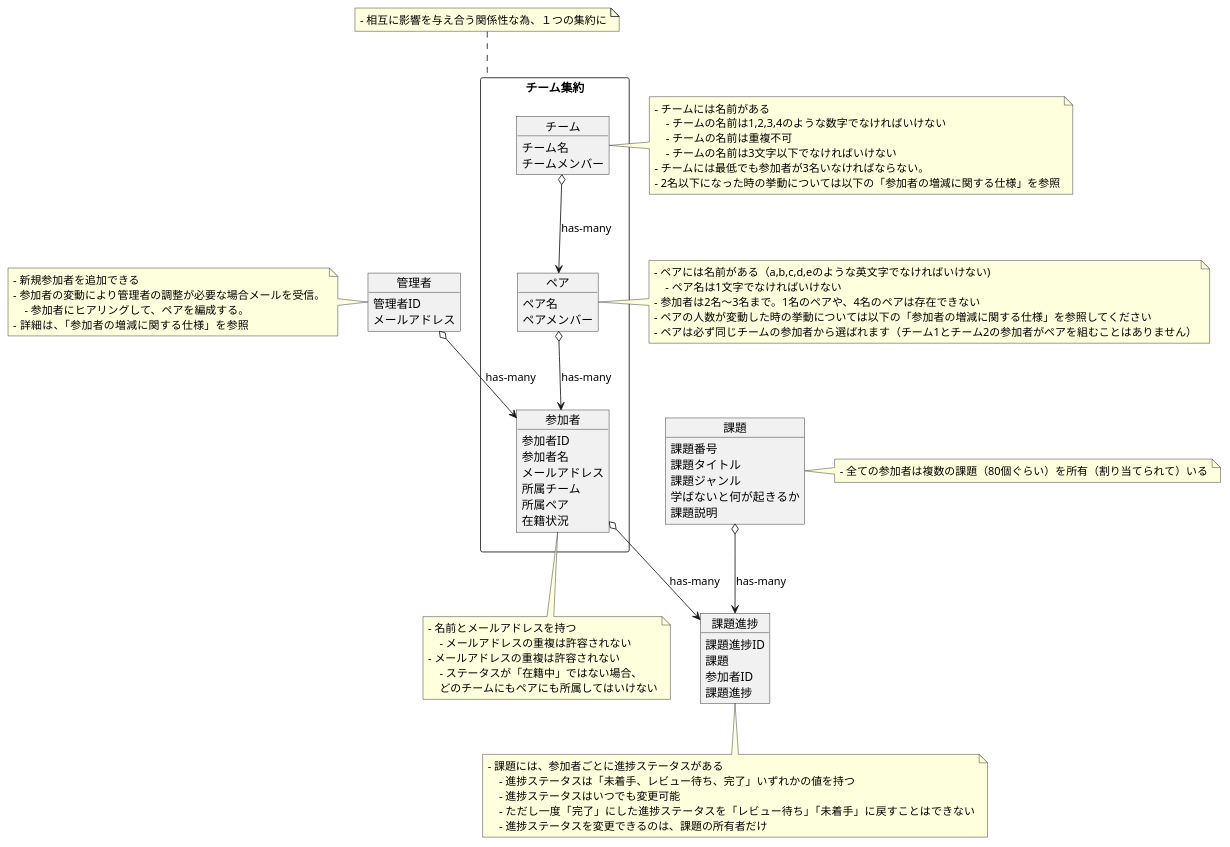
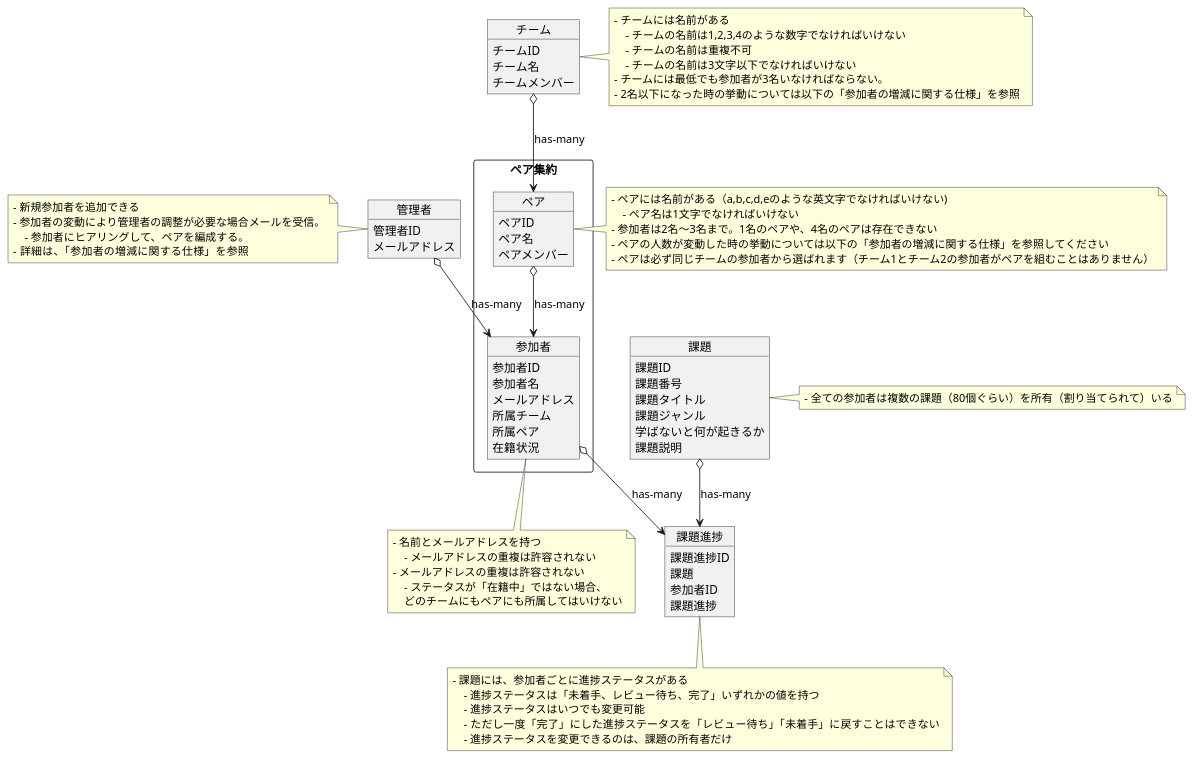
The diagram in 95IG7y3HHX7yl4/03_設計/04_特大課題：プラハチャレンジをDDDで実装してみる/ドメインモデル図/plant_uml.pu (praha-inc/praha-challenge-7), drawn with PlantUML before and after one commit. The commit also changed 1 other file, not shown here.

Commit message:
ドメインモデル図を修正

```diff
--- a/95IG7y3HHX7yl4/03_設計/04_特大課題：プラハチャレンジをDDDで実装してみる/ドメインモデル図/plant_uml.pu
+++ b/95IG7y3HHX7yl4/03_設計/04_特大課題：プラハチャレンジをDDDで実装してみる/ドメインモデル図/plant_uml.pu
@@ -1,100 +1,101 @@
 @startuml domain 
 
 object 管理者 {
     管理者ID
     メールアドレス
 }
 
 note left of 管理者 
 - 新規参加者を追加できる
 - 参加者の変動により管理者の調整が必要な場合メールを受信。
     - 参加者にヒアリングして、ペアを編成する。
 - 詳細は、「参加者の増減に関する仕様」を参照
 end note
 
 object 課題 {
+    課題ID
     課題番号
     課題タイトル
     課題ジャンル
     学ばないと何が起きるか
     課題説明
 }
 
 note right of 課題 
 - 全ての参加者は複数の課題（80個ぐらい）を所有（割り当てられて）いる
 end note
 
 object 課題進捗 {
     課題進捗ID
     課題
     参加者ID
     課題進捗
 }
 
 note bottom of 課題進捗 
 - 課題には、参加者ごとに進捗ステータスがある
     - 進捗ステータスは「未着手、レビュー待ち、完了」いずれかの値を持つ
     - 進捗ステータスはいつでも変更可能
     - ただし一度「完了」にした進捗ステータスを「レビュー待ち」「未着手」に戻すことはできない
     - 進捗ステータスを変更できるのは、課題の所有者だけ
 end note
 
-rectangle チーム集約 {
+rectangle ペア集約 {
     object 参加者 {
         参加者ID
         参加者名
         メールアドレス
         所属チーム
         所属ペア
         在籍状況
     }
+
     object ペア {
+        ペアID
         ペア名
         ペアメンバー
     }
-    object チーム {
-        チーム名
-        チームメンバー
-    }
+}
+
+object チーム {
+    チームID
+    チーム名
+    チームメンバー
 }
 
 note bottom of 参加者 
 - 名前とメールアドレスを持つ
     - メールアドレスの重複は許容されない
 - メールアドレスの重複は許容されない
     - ステータスが「在籍中」ではない場合、
     どのチームにもペアにも所属してはいけない
 end note
 
 note right of ペア 
 - ペアには名前がある（a,b,c,d,eのような英文字でなければいけない)
     - ペア名は1文字でなければいけない
 - 参加者は2名〜3名まで。1名のペアや、4名のペアは存在できない
 - ペアの人数が変動した時の挙動については以下の「参加者の増減に関する仕様」を参照してください
 - ペアは必ず同じチームの参加者から選ばれます（チーム1とチーム2の参加者がペアを組むことはありません）
 end note
 
 note right of チーム
 - チームには名前がある
     - チームの名前は1,2,3,4のような数字でなければいけない
     - チームの名前は重複不可
     - チームの名前は3文字以下でなければいけない
 - チームには最低でも参加者が3名いなければならない。
 - 2名以下になった時の挙動については以下の「参加者の増減に関する仕様」を参照
 end note
 
-note top of チーム集約 
-- 相互に影響を与え合う関係性な為、１つの集約に
-end note
-
 管理者 o--> 参加者 : has-many
 
 参加者 o--> 課題進捗 : has-many
 
 課題 o--> 課題進捗 : has-many
 
 ペア o--> 参加者 : has-many
 
 チーム o--> ペア : has-many
 
 @enduml
```
